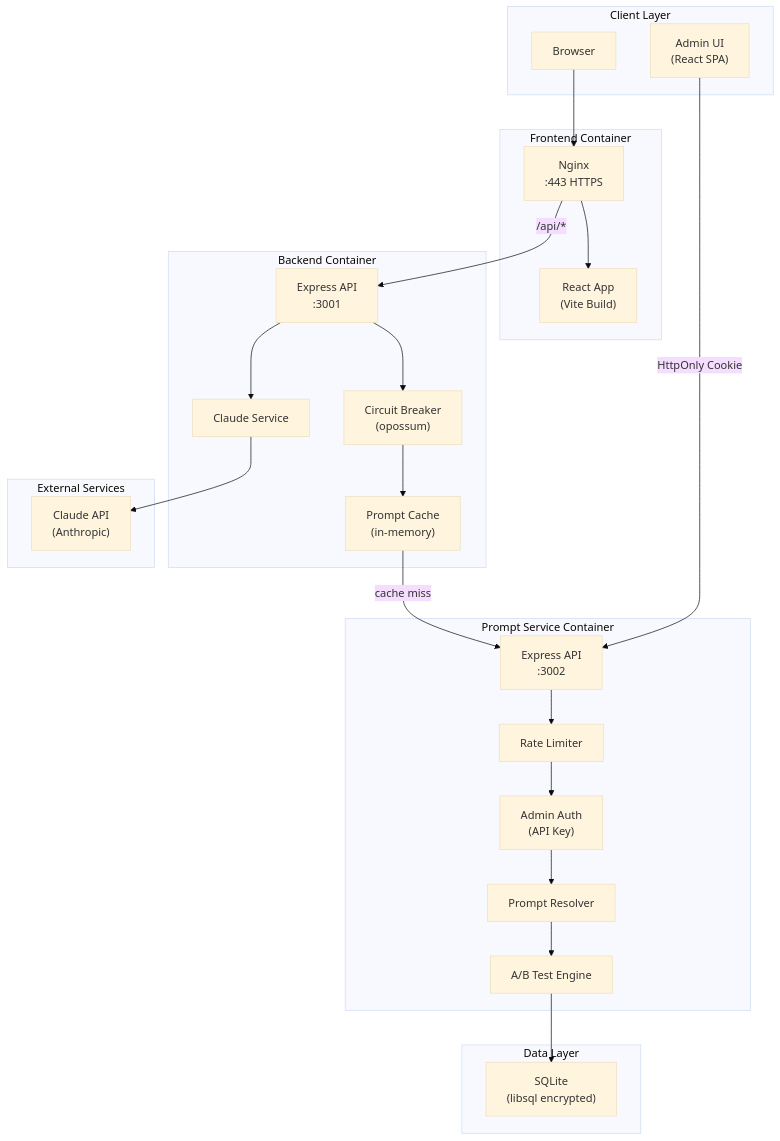
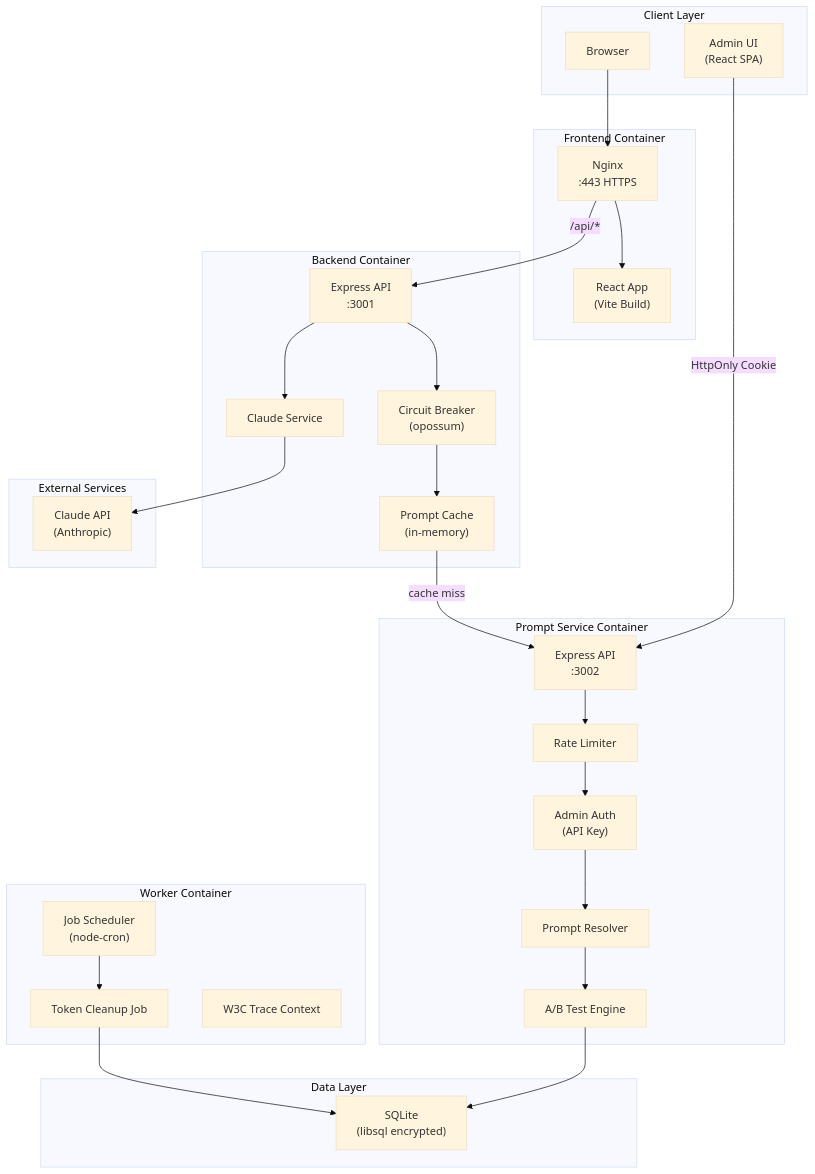
One commit to Oxilith/Votive changed the first of 8 diagrams in docs/architecture.md. Above: the diagram before and after it, drawn with Mermaid (base theme). The commit also changed other lines of this file and 356 other files, not shown here.

````diff
--- a/docs/architecture.md
+++ b/docs/architecture.md
@@ -9,54 +9,63 @@
 ```mermaid
 flowchart TB
     subgraph Client["Client Layer"]
         Browser["Browser"]
         AdminUI["Admin UI<br/>(React SPA)"]
     end
 
     subgraph Frontend["Frontend Container"]
         Nginx["Nginx<br/>:443 HTTPS"]
         ReactApp["React App<br/>(Vite Build)"]
     end
 
     subgraph Backend["Backend Container"]
         Express["Express API<br/>:3001"]
         CircuitBreaker["Circuit Breaker<br/>(opossum)"]
         PromptCache["Prompt Cache<br/>(in-memory)"]
         ClaudeService["Claude Service"]
     end
 
     subgraph PromptService["Prompt Service Container"]
         PromptAPI["Express API<br/>:3002"]
         PromptResolver["Prompt Resolver"]
         ABTestEngine["A/B Test Engine"]
         AdminAuth["Admin Auth<br/>(API Key)"]
         RateLimiter["Rate Limiter"]
+    end
+
+    subgraph Worker["Worker Container"]
+        Scheduler["Job Scheduler<br/>(node-cron)"]
+        TokenCleanup["Token Cleanup Job"]
+        TracingMiddleware["W3C Trace Context"]
     end
 
     subgraph Database["Data Layer"]
         SQLite["SQLite<br/>(libsql encrypted)"]
     end
 
     subgraph External["External Services"]
         ClaudeAPI["Claude API<br/>(Anthropic)"]
     end
 
     Browser --> Nginx
     Nginx --> ReactApp
     Nginx -->|"/api/*"| Express
 
     AdminUI -->|"HttpOnly Cookie"| PromptAPI
 
     Express --> CircuitBreaker
     CircuitBreaker --> PromptCache
     PromptCache -->|"cache miss"| PromptAPI
 
     Express --> ClaudeService
     ClaudeService --> ClaudeAPI
 
     PromptAPI --> RateLimiter
     RateLimiter --> AdminAuth
     AdminAuth --> PromptResolver
     PromptResolver --> ABTestEngine
     ABTestEngine --> SQLite
+
+    Scheduler --> TokenCleanup
+    TokenCleanup --> SQLite
 ```
````
